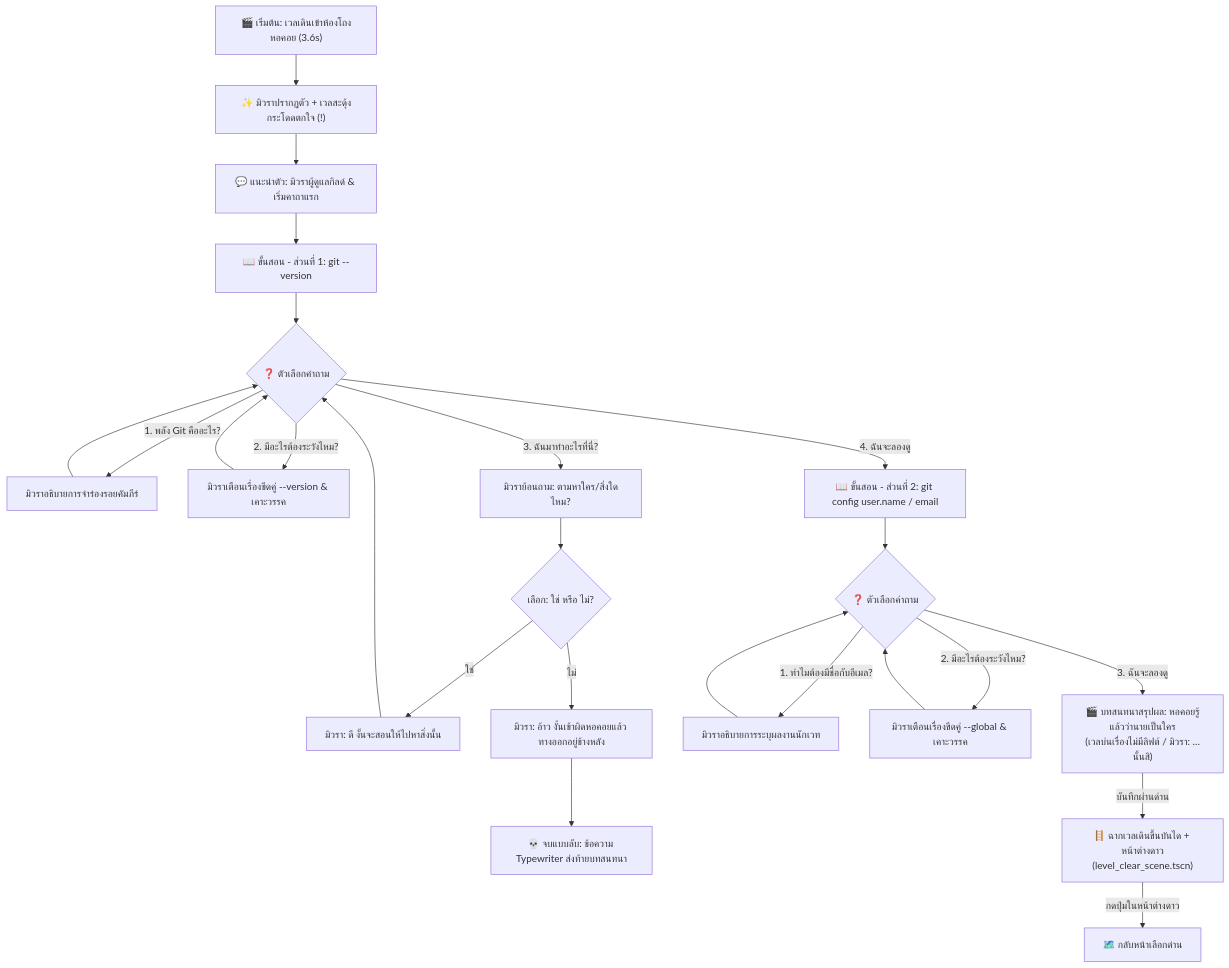
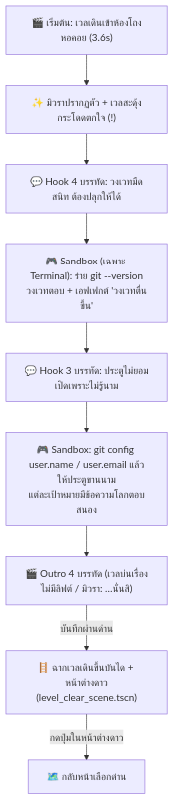
Before and after one commit to PetchAuisui/Demo-Game-Git-Diwaa: the first of 2 diagrams in docs/inside-tower-cutscene.md, drawn with Mermaid. The commit also changed other lines of this file, not shown here.

Commit message:
docs(level-01): update flow to design v2 and mark the old script as reference

````diff
--- a/docs/inside-tower-cutscene.md
+++ b/docs/inside-tower-cutscene.md
@@ -9,25 +9,11 @@
 ```mermaid
 flowchart TD
     Start["🎬 เริ่มต้น: เวลเดินเข้าห้องโถงหอคอย (3.6s)"] --> MewlaWarp["✨ มิวราปรากฏตัว + เวลสะดุ้งกระโดดตกใจ (!)"]
-    MewlaWarp --> IntroTalk["💬 แนะนำตัว: มิวราผู้ดูแลกิลด์ & เริ่มคาถาแรก"]
-    
-    IntroTalk --> Teach1["📖 ขั้นสอน - ส่วนที่ 1: git --version"]
-    Teach1 --> Choice1{"❓ ตัวเลือกคำถาม"}
-    
-    Choice1 -->|"1. พลัง Git คืออะไร?"| Ans1_1["มิวราอธิบายการจำร่องรอยคัมภีร์"] --> Choice1
-    Choice1 -->|"2. มีอะไรต้องระวังไหม?"| Ans1_2["มิวราเตือนเรื่องขีดคู่ --version & เคาะวรรค"] --> Choice1
-    Choice1 -->|"3. ฉันมาทำอะไรที่นี่?"| Ans1_3["มิวราย้อนถาม: ตามหาใคร/สิ่งใดไหม?"]
-    Ans1_3 --> SubChoice{"เลือก: ใช่ หรือ ไม่?"}
-    SubChoice -->|"ใช่"| AnsSubYes["มิวรา: ดี งั้นจะสอนให้ไปหาสิ่งนั้น"] --> Choice1
-    SubChoice -->|"ไม่"| AnsSubNo["มิวรา: อ้าว งั้นเข้าผิดหอคอยแล้ว ทางออกอยู่ข้างหลัง"] --> BadEnd["💀 จบแบบลับ: ข้อความ Typewriter ส่งท้ายบทสนทนา"]
-    
-    Choice1 -->|"4. ฉันจะลองดู"| Teach2["📖 ขั้นสอน - ส่วนที่ 2: git config user.name / email"]
-    
-    Teach2 --> Choice2{"❓ ตัวเลือกคำถาม"}
-    
-    Choice2 -->|"1. ทำไมต้องมีชื่อกับอีเมล?"| Ans2_1["มิวราอธิบายการระบุผลงานนักเวท"] --> Choice2
-    Choice2 -->|"2. มีอะไรต้องระวังไหม?"| Ans2_2["มิวราเตือนเรื่องขีดคู่ --global & เคาะวรรค"] --> Choice2
-    Choice2 -->|"3. ฉันจะลองดู"| Outro["🎬 บทสนทนาสรุปผล: หอคอยรู้แล้วว่านายเป็นใคร\n(เวลบ่นเรื่องไม่มีลิฟต์ / มิวรา: …นั้นสิ)"]
+    MewlaWarp --> Hook1["💬 Hook 4 บรรทัด: วงเวทมืดสนิท ต้องปลุกให้ได้"]
+    Hook1 --> Play1["🎮 Sandbox (เฉพาะ Terminal): ร่าย git --version\nวงเวทตอบ + เอฟเฟกต์ 'วงเวทตื่นขึ้น'"]
+    Play1 --> Hook2["💬 Hook 3 บรรทัด: ประตูไม่ยอมเปิดเพราะไม่รู้นาม"]
+    Hook2 --> Play2["🎮 Sandbox: git config user.name / user.email แล้วให้ประตูขานนาม\nแต่ละเป้าหมายมีข้อความโลกตอบสนอง"]
+    Play2 --> Outro["🎬 Outro 4 บรรทัด (เวลบ่นเรื่องไม่มีลิฟต์ / มิวรา: …นั่นสิ)"]
     Outro -->|"บันทึกผ่านด่าน"| Stairs["🪜 ฉากเวลเดินขึ้นบันได + หน้าต่างดาว\n(level_clear_scene.tscn)"]
     Stairs -->|"กดปุ่มในหน้าต่างดาว"| LevelSelect["🗺️ กลับหน้าเลือกด่าน"]
 ```
````
